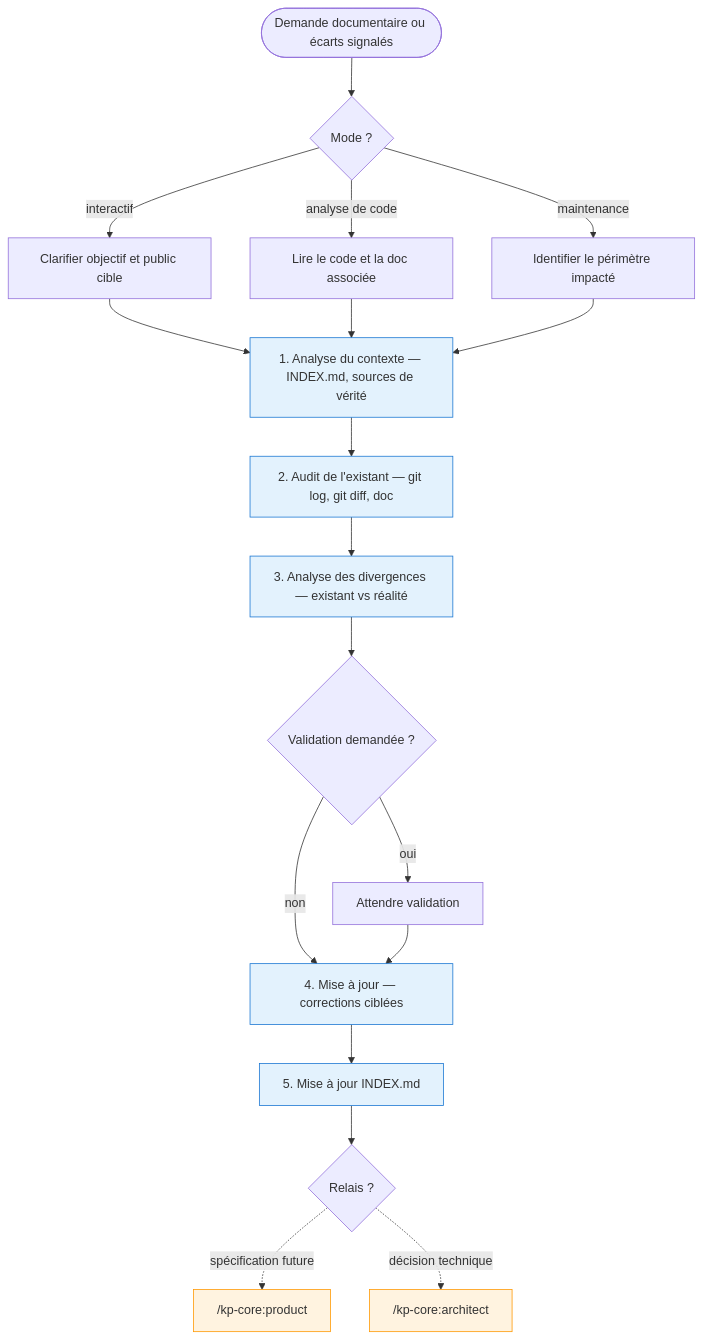
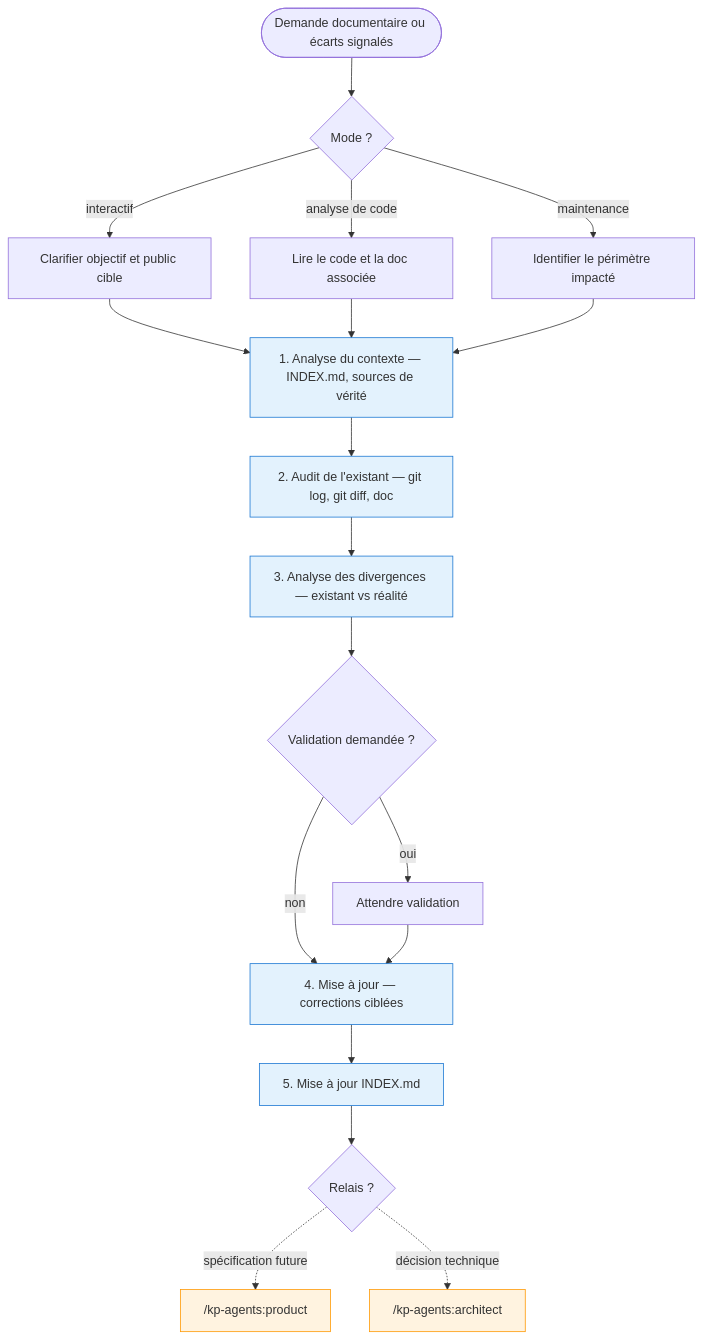
The seventh of 8 diagrams in docs/agents.md (KeyProd/kp-agents), drawn with Mermaid before and after one commit. The commit also changed other lines of this file and 22 other files, not shown here.

First line of the commit message:
feat(S-0003): release kp-agents-v0.1.0 (rename kp-core -> kp-agents + bump)

````diff
--- a/docs/agents.md
+++ b/docs/agents.md
@@ -322,38 +322,38 @@
 ```mermaid
 flowchart TD
     START([Demande documentaire ou écarts signalés]) --> MODE{Mode ?}
     MODE -->|interactif| CLARIFY[Clarifier objectif et public cible]
     MODE -->|analyse de code| READ_CODE[Lire le code et la doc associée]
     MODE -->|maintenance| SCOPE[Identifier le périmètre impacté]
     CLARIFY --> ANALYSE
     READ_CODE --> ANALYSE
     SCOPE --> ANALYSE
 
     ANALYSE[1. Analyse du contexte — INDEX.md, sources de vérité]
     ANALYSE --> AUDIT
 
     AUDIT[2. Audit de l'existant — git log, git diff, doc]
     AUDIT --> DIVERGENCES
 
     DIVERGENCES[3. Analyse des divergences — existant vs réalité]
     DIVERGENCES --> STOP_V{Validation demandée ?}
     STOP_V -->|oui| WAIT[Attendre validation]
     STOP_V -->|non| MAJ
     WAIT --> MAJ
 
     MAJ[4. Mise à jour — corrections ciblées]
     MAJ --> INDEX[5. Mise à jour INDEX.md]
     INDEX --> OUT
 
     OUT{Relais ?}
-    OUT -.->|spécification future| PRODUCT["/kp-core:product"]
-    OUT -.->|décision technique| ARCHITECT["/kp-core:architect"]
+    OUT -.->|spécification future| PRODUCT["/kp-agents:product"]
+    OUT -.->|décision technique| ARCHITECT["/kp-agents:architect"]
 
     style ANALYSE fill:#e3f2fd,stroke:#1976D2
     style AUDIT fill:#e3f2fd,stroke:#1976D2
     style DIVERGENCES fill:#e3f2fd,stroke:#1976D2
     style MAJ fill:#e3f2fd,stroke:#1976D2
     style INDEX fill:#e3f2fd,stroke:#1976D2
     style PRODUCT fill:#fff3e0,stroke:#FF9800
     style ARCHITECT fill:#fff3e0,stroke:#FF9800
 ```
````
